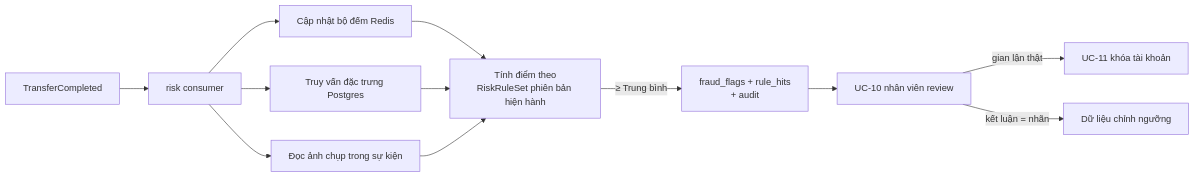
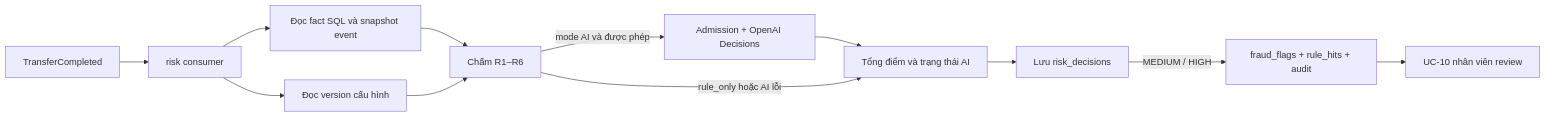
One commit to Lawliet119/digital-banking-simulator changed diagram 14 of 14 in docs/03_HIGH_LEVEL_ARCHITECTURE.md. Above: the diagram before and after it, drawn with Mermaid. The commit also changed other lines of this file and 17 other files, not shown here.

Commit message:
docs(risk): record architecture and integrated verification

````diff
--- a/docs/03_HIGH_LEVEL_ARCHITECTURE.md
+++ b/docs/03_HIGH_LEVEL_ARCHITECTURE.md
@@ -914,12 +914,13 @@
 ```mermaid
 flowchart LR
     E[TransferCompleted] --> C[risk consumer]
-    C --> F1[Cập nhật bộ đếm Redis]
-    C --> F2[Truy vấn đặc trưng Postgres]
-    C --> F3[Đọc ảnh chụp trong sự kiện]
-    F1 & F2 & F3 --> S[Tính điểm theo<br/>RiskRuleSet phiên bản hiện hành]
-    S -->|≥ Trung bình| FL[fraud_flags + rule_hits<br/>+ audit]
+    C --> F[Đọc fact SQL và snapshot event]
+    C --> V[Đọc version cấu hình]
+    F & V --> S[Chấm R1–R6]
+    S -->|mode AI và được phép| A[Admission + OpenAI Decisions]
+    A --> T[Tổng điểm và trạng thái AI]
+    S -->|rule_only hoặc AI lỗi| T
+    T --> D[Lưu risk_decisions]
+    D -->|MEDIUM / HIGH| FL[fraud_flags + rule_hits + audit]
     FL --> OP[UC-10 nhân viên review]
-    OP -->|gian lận thật| LK[UC-11 khóa tài khoản]
-    OP -->|kết luận = nhãn| EV[Dữ liệu chỉnh ngưỡng]
 ```
````
